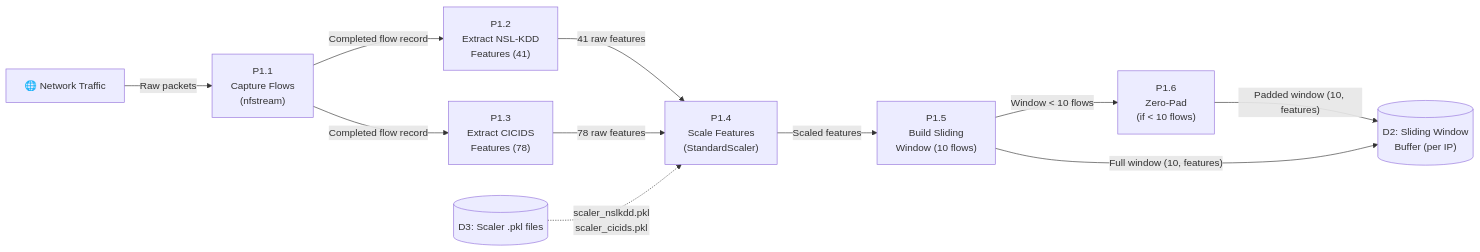
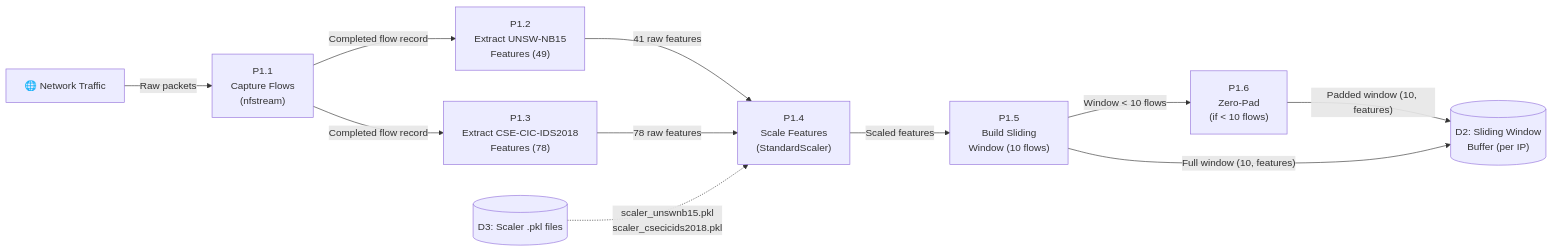
One commit to Pakasin/Project_ict changed the third of 5 diagrams in cybershield_diagrams.md. Above: the diagram before and after it, drawn with Mermaid. The commit also changed other lines of this file and 11 other files, not shown here.

````diff
--- a/cybershield_diagrams.md
+++ b/cybershield_diagrams.md
@@ -97,25 +97,25 @@
 ```mermaid
 graph LR
     NET["🌐 Network Traffic"]
     
     P1_1["P1.1<br/>Capture Flows<br/>(nfstream)"]
-    P1_2["P1.2<br/>Extract NSL-KDD<br/>Features (41)"]
-    P1_3["P1.3<br/>Extract CICIDS<br/>Features (78)"]
+    P1_2["P1.2<br/>Extract UNSW-NB15<br/>Features (49)"]
+    P1_3["P1.3<br/>Extract CSE-CIC-IDS2018<br/>Features (78)"]
     P1_4["P1.4<br/>Scale Features<br/>(StandardScaler)"]
     P1_5["P1.5<br/>Build Sliding<br/>Window (10 flows)"]
     P1_6["P1.6<br/>Zero-Pad<br/>(if < 10 flows)"]
 
     D2[("D2: Sliding Window<br/>Buffer (per IP)")]
     D3[("D3: Scaler .pkl files")]
 
     NET -->|"Raw packets"| P1_1
     P1_1 -->|"Completed flow record"| P1_2
     P1_1 -->|"Completed flow record"| P1_3
     P1_2 -->|"41 raw features"| P1_4
     P1_3 -->|"78 raw features"| P1_4
-    D3 -.->|"scaler_nslkdd.pkl<br/>scaler_cicids.pkl"| P1_4
+    D3 -.->|"scaler_unswnb15.pkl<br/>scaler_csecicids2018.pkl"| P1_4
     P1_4 -->|"Scaled features"| P1_5
     P1_5 -->|"Window < 10 flows"| P1_6
     P1_6 -->|"Padded window (10, features)"| D2
     P1_5 -->|"Full window (10, features)"| D2
 ```
````
